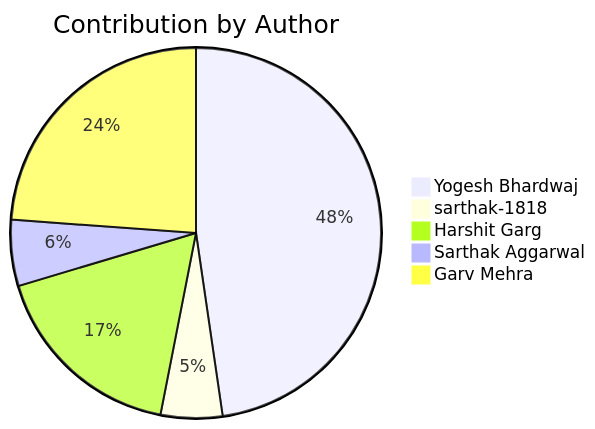
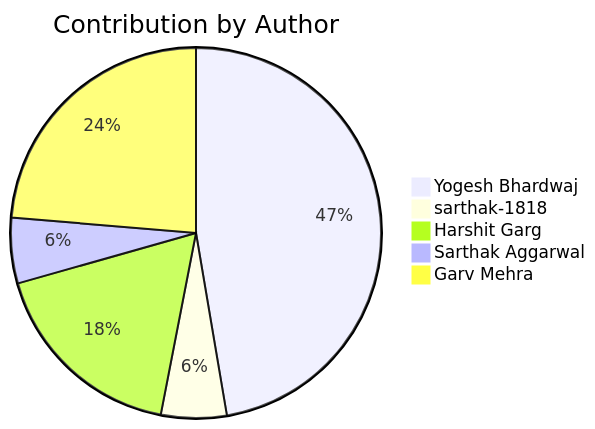
The second of 2 diagrams in README.md (Yogesh-Bhardwaj-hue/Scm-Final_2.0), drawn with Mermaid before and after one commit. The commit also changed other lines of this file, not shown here.

Commit message:
39rswjqrWbpE

````diff
--- a/README.md
+++ b/README.md
@@ -190,8 +190,8 @@
 ```mermaid
 pie title Contribution by Author
     "Yogesh Bhardwaj": 124
-    "sarthak-1818": 14
-    "Harshit Garg": 45
+    "sarthak-1818": 15
+    "Harshit Garg": 46
     "Sarthak Aggarwal": 15
     "Garv Mehra": 62
 ```
````
